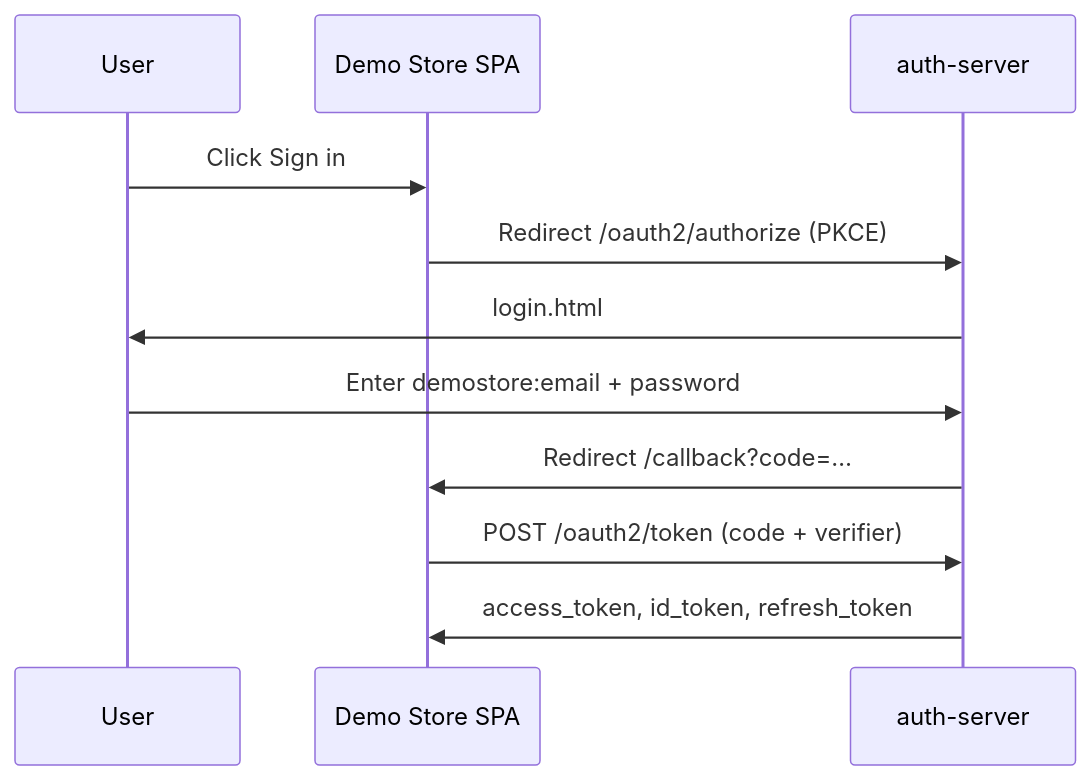
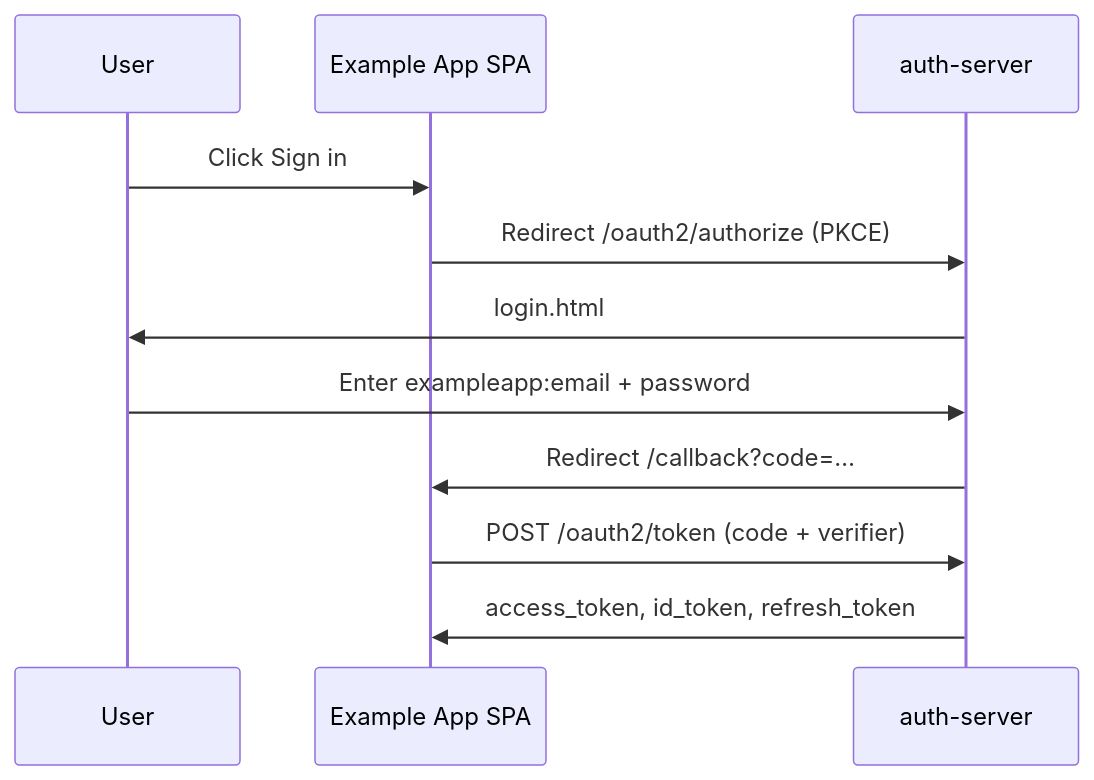
Before and after one commit to DTAVS0108/secureon: the first of 2 diagrams in docs/23-application-integration-guide.md, drawn with Mermaid. The commit also changed other lines of this file and 321 other files, not shown here.

First line of the commit message:
SecureOne 0.1.0: fresh start

````diff
--- a/docs/23-application-integration-guide.md
+++ b/docs/23-application-integration-guide.md
@@ -192,13 +192,13 @@
 ```mermaid
 sequenceDiagram
   participant User
-  participant Store as Demo Store SPA
+  participant Store as Example App SPA
   participant SecureOne as auth-server
   User->>Store: Click Sign in
   Store->>SecureOne: Redirect /oauth2/authorize (PKCE)
   SecureOne->>User: login.html
-  User->>SecureOne: Enter demostore:email + password
+  User->>SecureOne: Enter exampleapp:email + password
   SecureOne->>Store: Redirect /callback?code=…
   Store->>SecureOne: POST /oauth2/token (code + verifier)
   SecureOne->>Store: access_token, id_token, refresh_token
 ```
````
